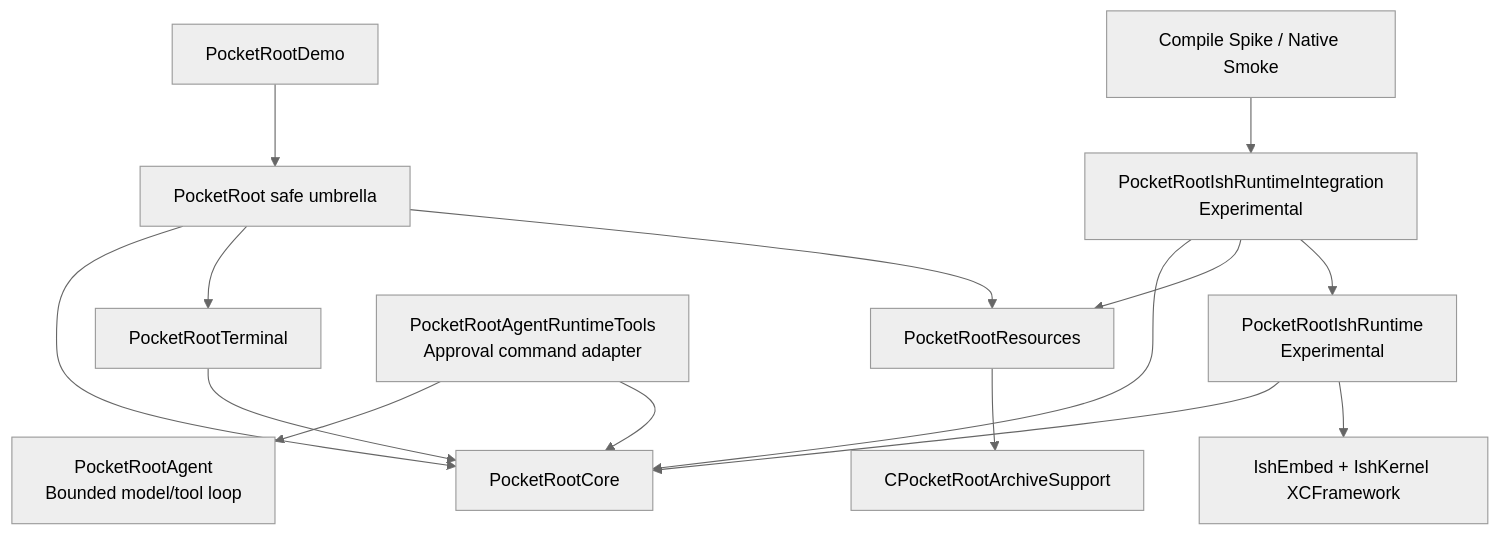
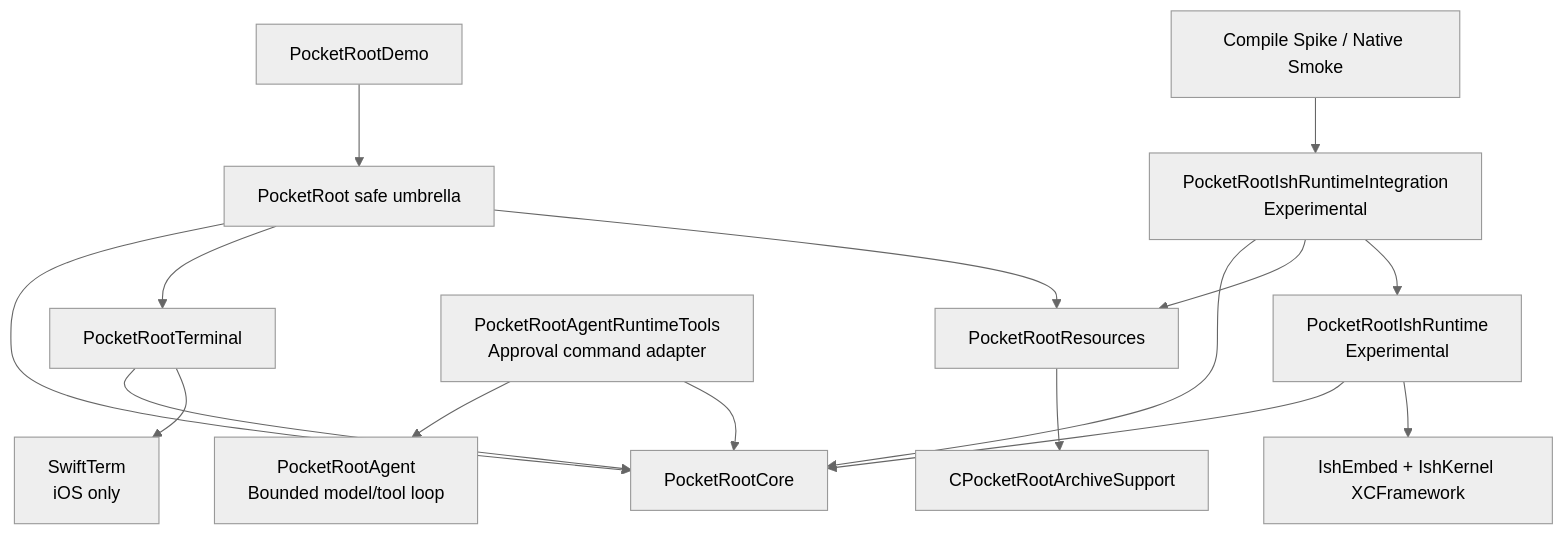
Before and after one commit to jacklv-coder/PocketRoot: the first of 3 diagrams in Docs/en/Architecture.md, drawn with Mermaid (neutral theme). The commit also changed other lines of this file and 62 other files, not shown here.

````diff
--- a/Docs/en/Architecture.md
+++ b/Docs/en/Architecture.md
@@ -26,18 +26,19 @@
 ```mermaid
 flowchart TB
     Demo["PocketRootDemo"] --> Umbrella["PocketRoot safe umbrella"]
     Umbrella --> Core["PocketRootCore"]
     Umbrella --> Terminal["PocketRootTerminal"]
     Umbrella --> Resources["PocketRootResources"]
     Terminal --> Core
+    Terminal --> SwiftTerm["SwiftTerm<br/>iOS only"]
     Resources --> Archive["CPocketRootArchiveSupport"]
     Agent["PocketRootAgent<br/>Bounded model/tool loop"]
     AgentTools["PocketRootAgentRuntimeTools<br/>Approval command adapter"] --> Agent
     AgentTools --> Core
     Integration["PocketRootIshRuntimeIntegration<br/>Experimental"] --> Core
     Integration --> Resources
     Integration --> Runtime["PocketRootIshRuntime<br/>Experimental"]
     Runtime --> Core
     Runtime --> IshEmbed["IshEmbed + IshKernel XCFramework"]
     Smoke["Compile Spike / Native Smoke"] --> Integration
 ```
````
